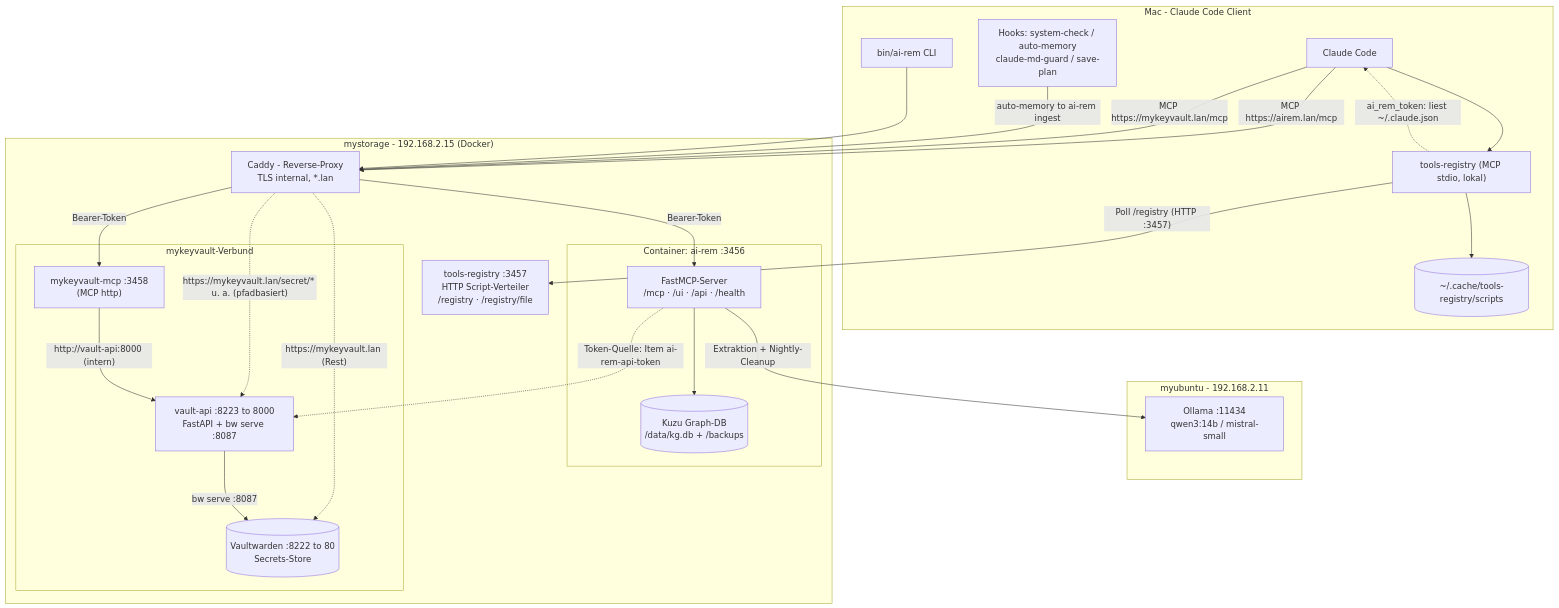
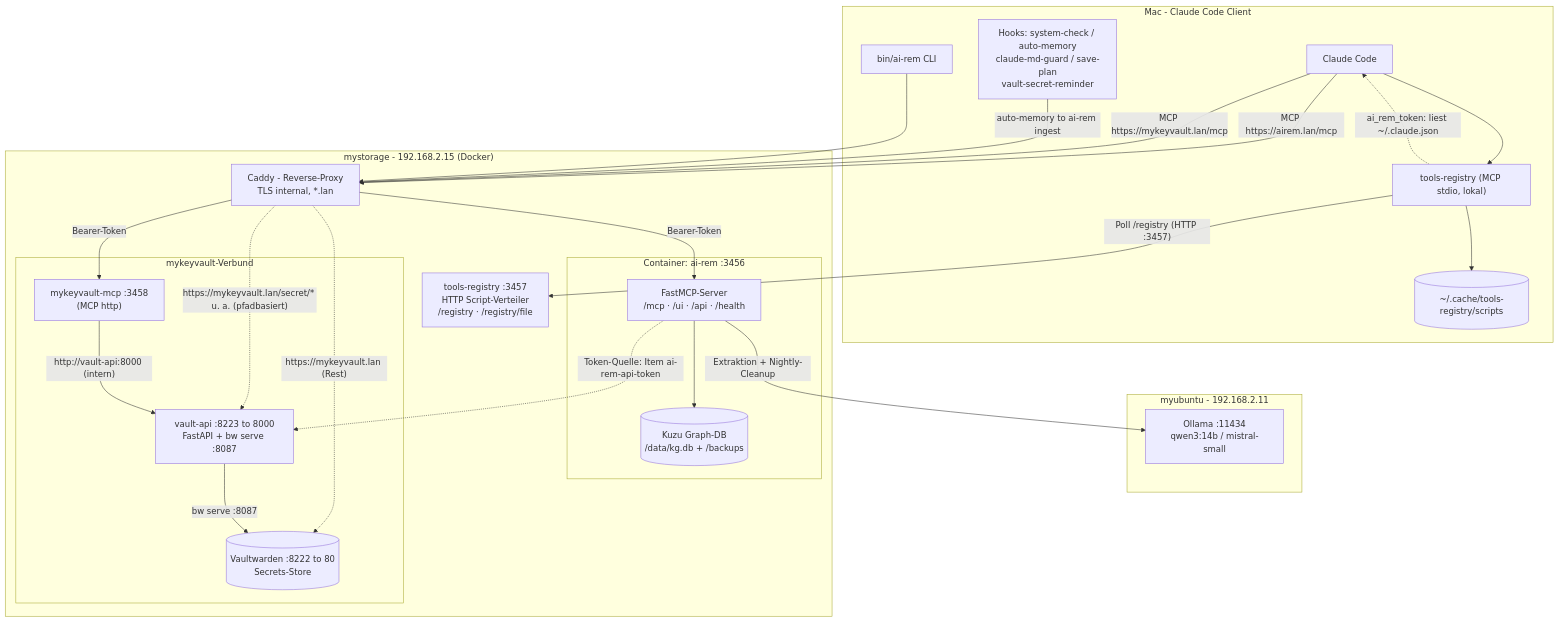
One commit to markus7h/ai-rem changed the diagram in docs/architecture-diagram.mmd. Above: the diagram before and after it, drawn with Mermaid. The commit also changed 11 other files, not shown here.

First line of the commit message:
feat(hooks): Vault-Secret-Reminder — Auth-Fehler statt Login-Rückfrage (#102)

```diff
--- a/docs/architecture-diagram.mmd
+++ b/docs/architecture-diagram.mmd
@@ -1,53 +1,53 @@
 flowchart TB
   subgraph MAC["Mac - Claude Code Client"]
     CC["Claude Code"]
-    HOOKS["Hooks: system-check / auto-memory<br/>claude-md-guard / save-plan"]
+    HOOKS["Hooks: system-check / auto-memory<br/>claude-md-guard / save-plan<br/>vault-secret-reminder"]
     CLI["bin/ai-rem CLI"]
     TMCP["tools-registry (MCP stdio, lokal)"]
     CACHE[("~/.cache/tools-registry/scripts")]
   end
 
   subgraph UBU["myubuntu - 192.168.2.11"]
     OLLAMA["Ollama :11434<br/>qwen3:14b / mistral-small"]
   end
 
   subgraph STORAGE["mystorage - 192.168.2.15 (Docker)"]
     CADDY["Caddy - Reverse-Proxy<br/>TLS internal, *.lan"]
     subgraph AIREM_C["Container: ai-rem :3456"]
       AIREM["FastMCP-Server<br/>/mcp · /ui · /api · /health"]
       KUZU[("Kuzu Graph-DB<br/>/data/kg.db + /backups")]
     end
     subgraph KV["mykeyvault-Verbund"]
       KVMCP["mykeyvault-mcp :3458<br/>(MCP http)"]
       VAPI["vault-api :8223 to 8000<br/>FastAPI + bw serve :8087"]
       VW[("Vaultwarden :8222 to 80<br/>Secrets-Store")]
     end
     REG["tools-registry :3457<br/>HTTP Script-Verteiler<br/>/registry · /registry/file"]
   end
 
   %% MCP-Kanaele (Bearer-Token ai-rem-api-token)
   CC -- "MCP https://airem.lan/mcp" --> CADDY
   CC -- "MCP https://mykeyvault.lan/mcp" --> CADDY
   CADDY -- "Bearer-Token" --> AIREM
   CADDY -- "Bearer-Token" --> KVMCP
   CADDY -. "https://mykeyvault.lan/secret/* u. a. (pfadbasiert)" .-> VAPI
   CADDY -. "https://mykeyvault.lan (Rest)" .-> VW
 
   %% tools-registry lokal
   CC --> TMCP
   TMCP -- "Poll /registry (HTTP :3457)" --> REG
   TMCP --> CACHE
   TMCP -. "ai_rem_token: liest ~/.claude.json" .-> CC
 
   %% Hooks und CLI
   HOOKS -- "auto-memory to ai-rem ingest" --> CADDY
   CLI --> CADDY
 
   %% ai-rem Abhaengigkeiten
   AIREM --> KUZU
   AIREM -- "Extraktion + Nightly-Cleanup" --> OLLAMA
 
   %% Secrets-Fluss
   KVMCP -- "http://vault-api:8000 (intern)" --> VAPI
   VAPI -- "bw serve :8087" --> VW
   AIREM -. "Token-Quelle: Item ai-rem-api-token" .-> VAPI
```
